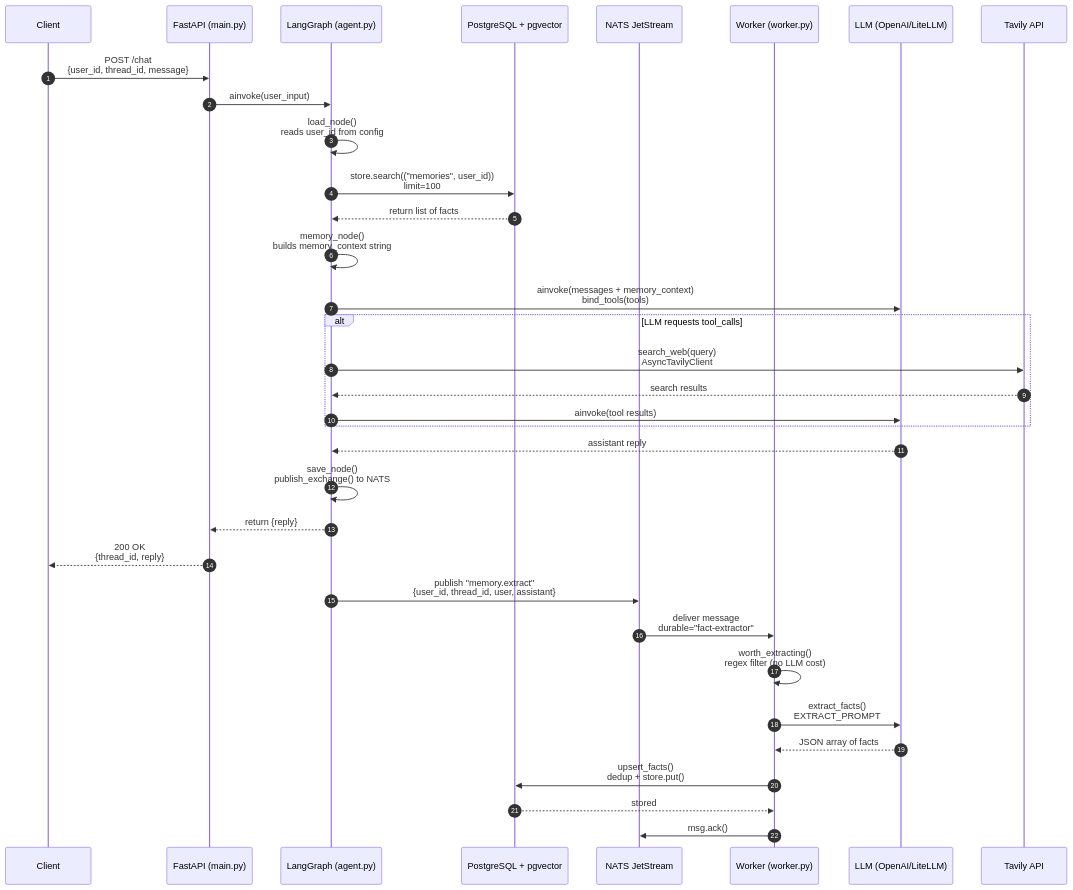
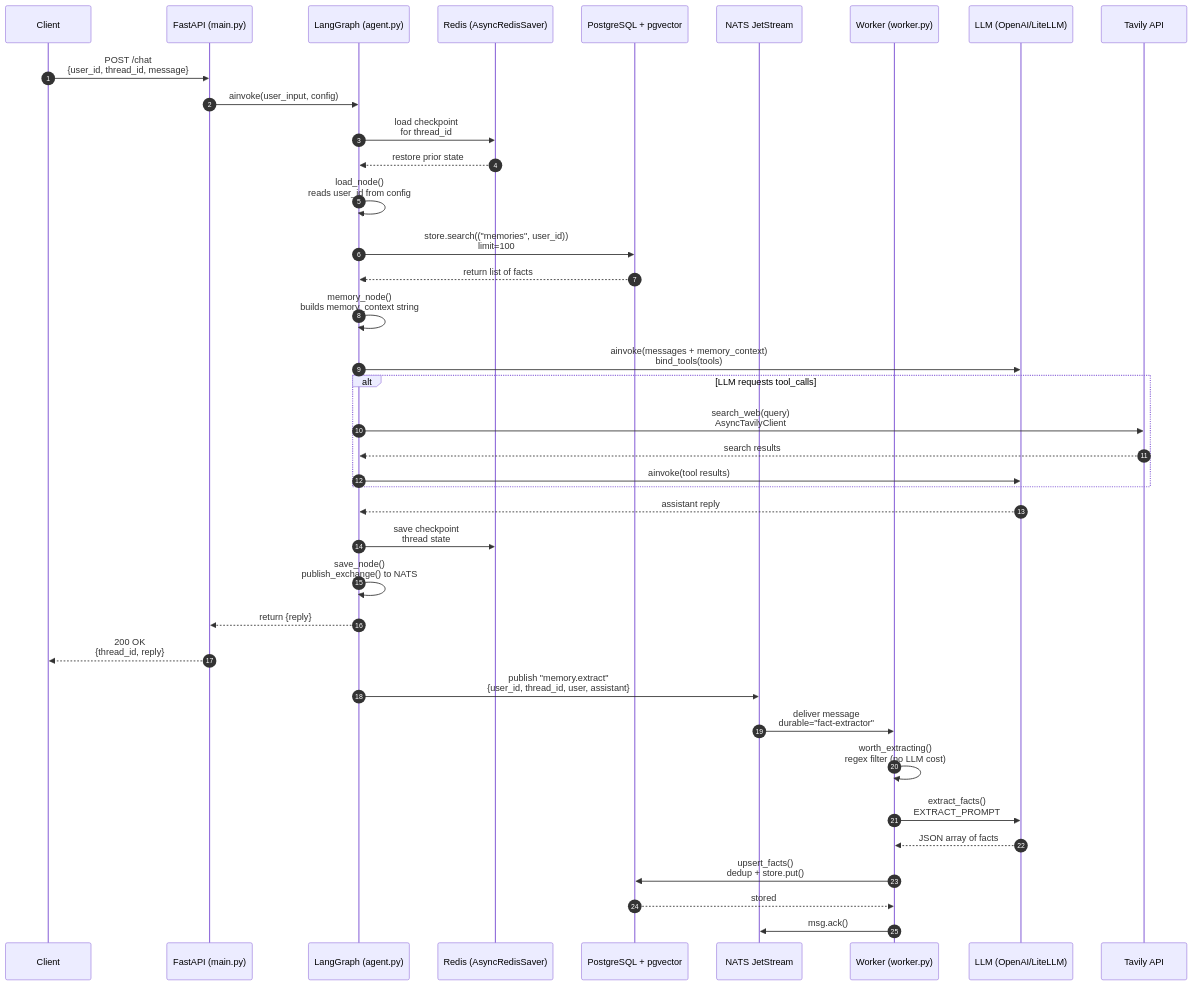
The diagram in README.md (Mann10/memory-agent), drawn with Mermaid before and after one commit. The commit also changed other lines of this file, not shown here.

````diff
--- a/README.md
+++ b/README.md
@@ -66,41 +66,46 @@
 ```mermaid
 sequenceDiagram
     autonumber
     participant C as Client
     participant API as FastAPI (main.py)
     participant G as LangGraph (agent.py)
+    participant R as Redis (AsyncRedisSaver)
     participant PG as PostgreSQL + pgvector
     participant N as NATS JetStream
     participant W as Worker (worker.py)
     participant LLM as LLM (OpenAI/LiteLLM)
     participant T as Tavily API
 
     C->>API: POST /chat<br>{user_id, thread_id, message}
-    API->>G: ainvoke(user_input)
+    API->>G: ainvoke(user_input, config)
 
+    G->>R: load checkpoint<br>for thread_id
+    R-->>G: restore prior state
     G->>G: load_node()<br>reads user_id from config
+
     G->>PG: store.search(("memories", user_id))<br>limit=100
     PG-->>G: return list of facts
     G->>G: memory_node()<br>builds memory_context string
 
     G->>LLM: ainvoke(messages + memory_context)<br>bind_tools(tools)
     alt LLM requests tool_calls
         G->>T: search_web(query)<br>AsyncTavilyClient
         T-->>G: search results
         G->>LLM: ainvoke(tool results)
     end
     LLM-->>G: assistant reply
 
+    G->>R: save checkpoint<br>thread state
     G->>G: save_node()<br>publish_exchange() to NATS
     G-->>API: return {reply}
     API-->>C: 200 OK<br>{thread_id, reply}
 
     G->>N: publish "memory.extract"<br>{user_id, thread_id, user, assistant}
     N->>W: deliver message<br>durable="fact-extractor"
     W->>W: worth_extracting()<br>regex filter (no LLM cost)
     W->>LLM: extract_facts()<br>EXTRACT_PROMPT
     LLM-->>W: JSON array of facts
     W->>PG: upsert_facts()<br>dedup + store.put()
     PG-->>W: stored
     W->>N: msg.ack()
 ```
````
